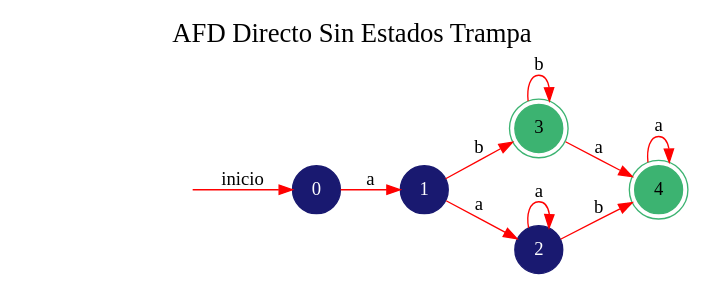
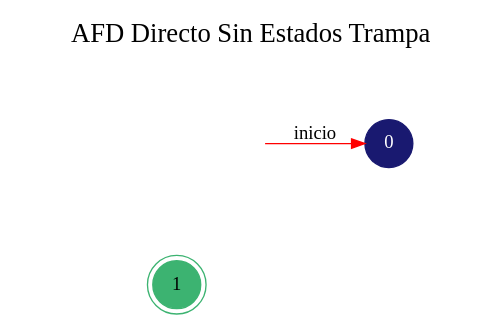
The diagram in GeneracionAutomatas/DOT/AFD Directo Sin Estados Trampa.dot (fcpauldiaz-archive/Automata), drawn with Graphviz before and after one commit. The commit also changed 20 other files, not shown here.

```diff
--- a/GeneracionAutomatas/DOT/AFD Directo Sin Estados Trampa.dot
+++ b/GeneracionAutomatas/DOT/AFD Directo Sin Estados Trampa.dot
@@ -1,18 +1,10 @@
 digraph automata_finito {
 	rankdir=LR;
 	graph [label="AFD Directo Sin Estados Trampa", labelloc=t, fontsize=20]; 
-	node [shape=doublecircle, style = filled,color = mediumseagreen]; 3 4;
+	node [shape=doublecircle, style = filled,color = mediumseagreen]; 1;
 	node [shape=circle];
 	node [color=midnightblue,fontcolor=white];
 	edge [color=red];
 	secret_node [style=invis];
 	secret_node -> 0 [label="inicio"];
-	0 -> 1 [label="a"];
-	1 -> 2 [label="a"];
-	1 -> 3 [label="b"];
-	2 -> 2 [label="a"];
-	2 -> 4 [label="b"];
-	3 -> 4 [label="a"];
-	3 -> 3 [label="b"];
-	4 -> 4 [label="a"];
 }
```
